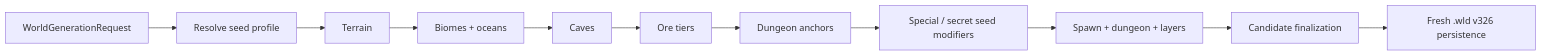
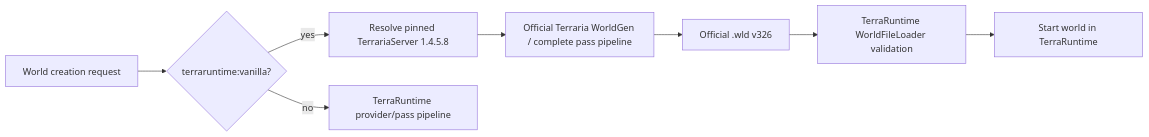
One commit to VegaKernel/TerraRuntime changed the diagram in docs/en/vanilla-world-generation.md. Above: the diagram before and after it, drawn with Mermaid. The commit also changed other lines of this file and 7 other files, not shown here.

First line of the commit message:
feat: route vanilla creation through official 1.4.5.8 worldgen

````diff
--- a/docs/en/vanilla-world-generation.md
+++ b/docs/en/vanilla-world-generation.md
@@ -14,13 +9,10 @@
 ```mermaid
 flowchart LR
-    Request["WorldGenerationRequest"] --> Resolve["Resolve seed profile"]
-    Resolve --> Terrain["Terrain"]
-    Terrain --> Biomes["Biomes + oceans"]
-    Biomes --> Caves["Caves"]
-    Caves --> Ores["Ore tiers"]
-    Ores --> Dungeon["Dungeon anchors"]
-    Dungeon --> Secrets["Special / secret seed modifiers"]
-    Secrets --> Metadata["Spawn + dungeon + layers"]
-    Metadata --> Finalize["Candidate finalization"]
-    Finalize --> Wld["Fresh .wld v326 persistence"]
+    Request["World creation request"] --> Select{"terraruntime:vanilla?"}
+    Select -->|yes| Resolve["Resolve pinned TerrariaServer 1.4.5.8"]
+    Resolve --> Official["Official Terraria WorldGen / complete pass pipeline"]
+    Official --> Wld["Official .wld v326"]
+    Wld --> Validate["TerraRuntime WorldFileLoader validation"]
+    Validate --> Start["Start world in TerraRuntime"]
+    Select -->|no| Provider["TerraRuntime provider/pass pipeline"]
 ```
````
